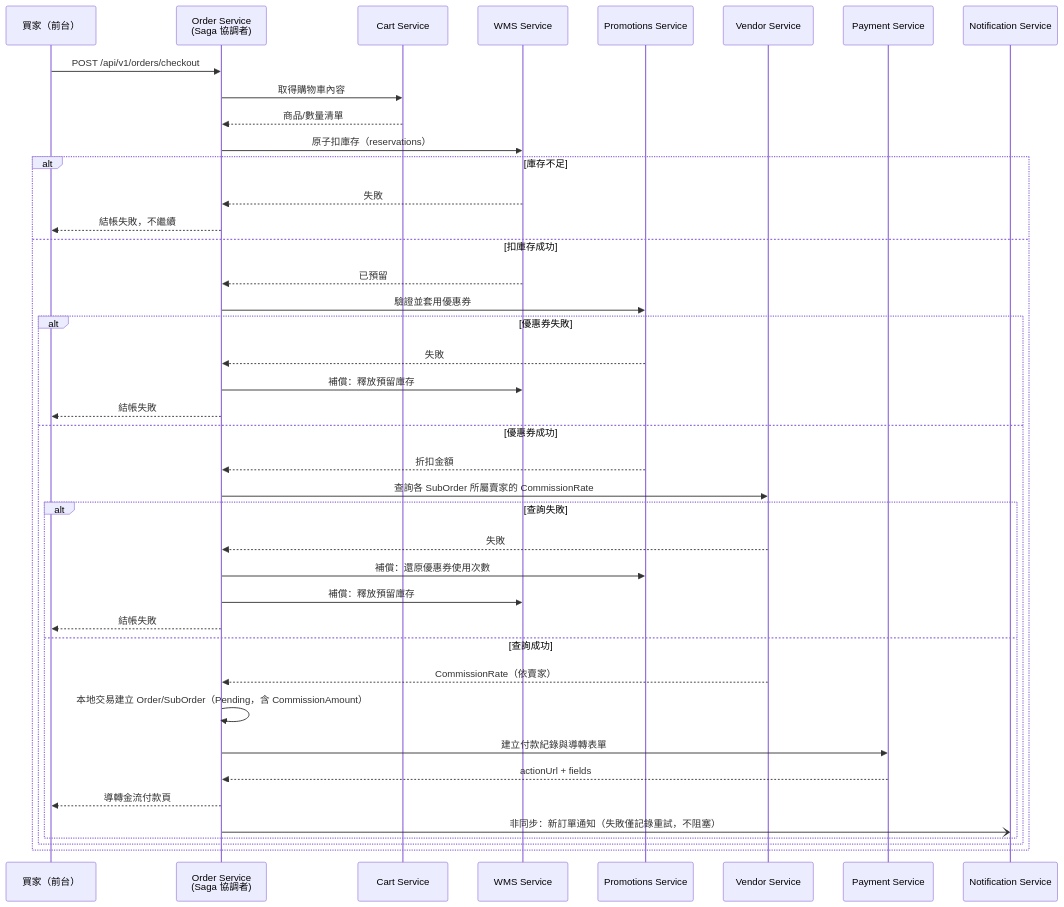
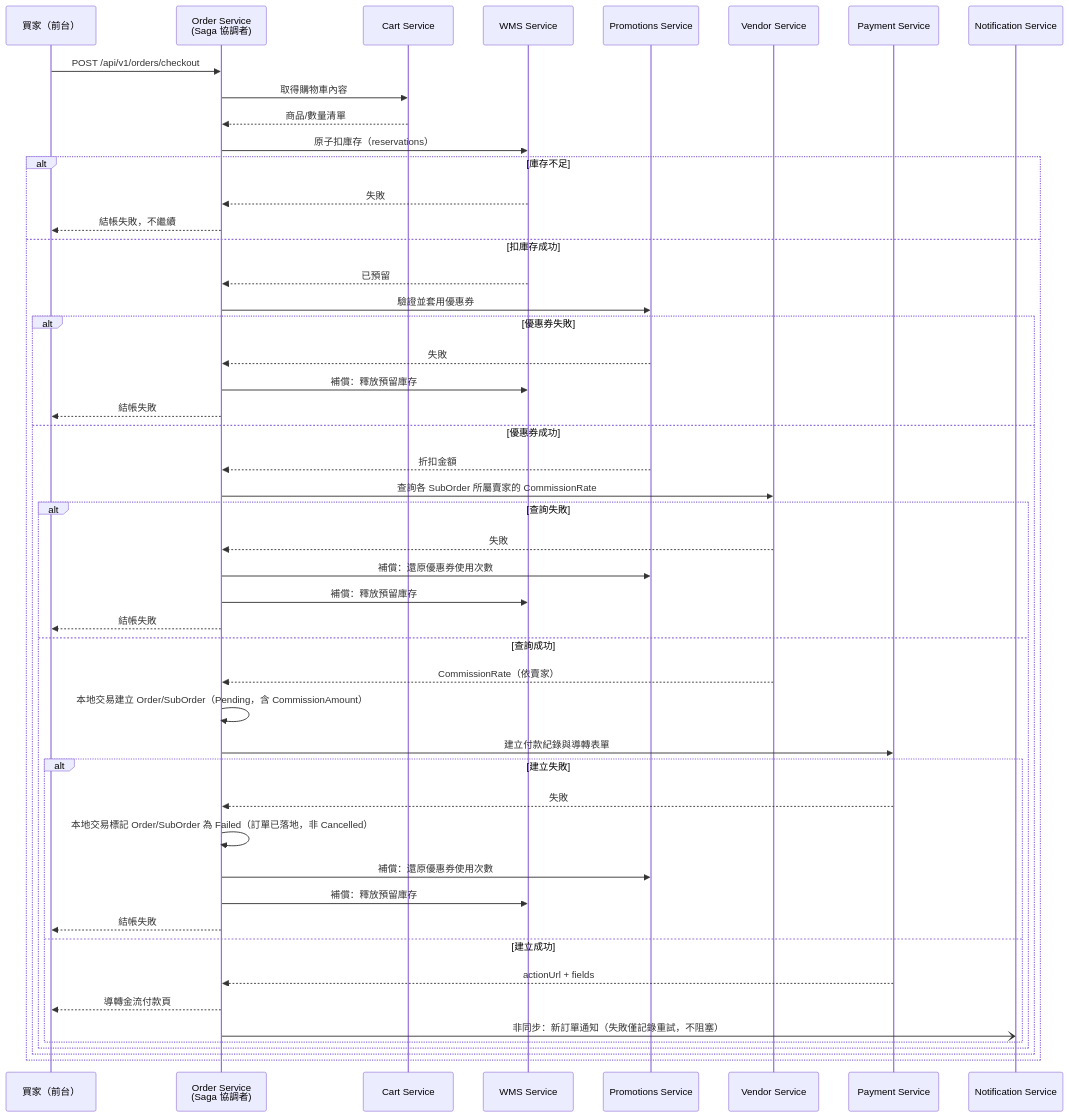
The second of 2 diagrams in docs/06-ecommerce-platform-architecture.md (roycecole/suxo-shop-spec), drawn with Mermaid before and after one commit. The commit also changed other lines of this file and 4 other files, not shown here.

````diff
--- a/docs/06-ecommerce-platform-architecture.md
+++ b/docs/06-ecommerce-platform-architecture.md
@@ -219,44 +220,52 @@
 ```mermaid
 sequenceDiagram
     participant Buyer as 買家（前台）
     participant Order as Order Service<br/>(Saga 協調者)
     participant Cart as Cart Service
     participant WMS as WMS Service
     participant Promo as Promotions Service
     participant Vendor as Vendor Service
     participant Pay as Payment Service
     participant Noti as Notification Service
 
     Buyer->>Order: POST /api/v1/orders/checkout
     Order->>Cart: 取得購物車內容
     Cart-->>Order: 商品/數量清單
     Order->>WMS: 原子扣庫存（reservations）
     alt 庫存不足
         WMS-->>Order: 失敗
         Order-->>Buyer: 結帳失敗，不繼續
     else 扣庫存成功
         WMS-->>Order: 已預留
         Order->>Promo: 驗證並套用優惠券
         alt 優惠券失敗
             Promo-->>Order: 失敗
             Order->>WMS: 補償：釋放預留庫存
             Order-->>Buyer: 結帳失敗
         else 優惠券成功
             Promo-->>Order: 折扣金額
             Order->>Vendor: 查詢各 SubOrder 所屬賣家的 CommissionRate
             alt 查詢失敗
                 Vendor-->>Order: 失敗
                 Order->>Promo: 補償：還原優惠券使用次數
                 Order->>WMS: 補償：釋放預留庫存
                 Order-->>Buyer: 結帳失敗
             else 查詢成功
                 Vendor-->>Order: CommissionRate（依賣家）
                 Order->>Order: 本地交易建立 Order/SubOrder（Pending，含 CommissionAmount）
                 Order->>Pay: 建立付款紀錄與導轉表單
-                Pay-->>Order: actionUrl + fields
-                Order-->>Buyer: 導轉金流付款頁
-                Order-)Noti: 非同步：新訂單通知（失敗僅記錄重試，不阻塞）
+                alt 建立失敗
+                    Pay-->>Order: 失敗
+                    Order->>Order: 本地交易標記 Order/SubOrder 為 Failed（訂單已落地，非 Cancelled）
+                    Order->>Promo: 補償：還原優惠券使用次數
+                    Order->>WMS: 補償：釋放預留庫存
+                    Order-->>Buyer: 結帳失敗
+                else 建立成功
+                    Pay-->>Order: actionUrl + fields
+                    Order-->>Buyer: 導轉金流付款頁
+                    Order-)Noti: 非同步：新訂單通知（失敗僅記錄重試，不阻塞）
+                end
             end
         end
     end
 ```
````
